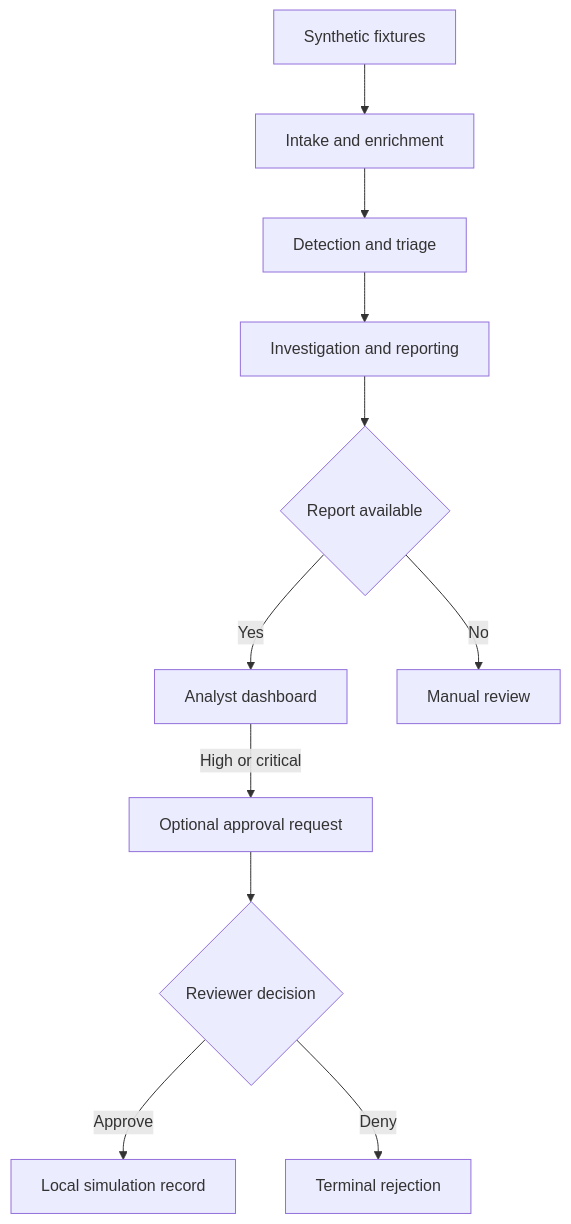
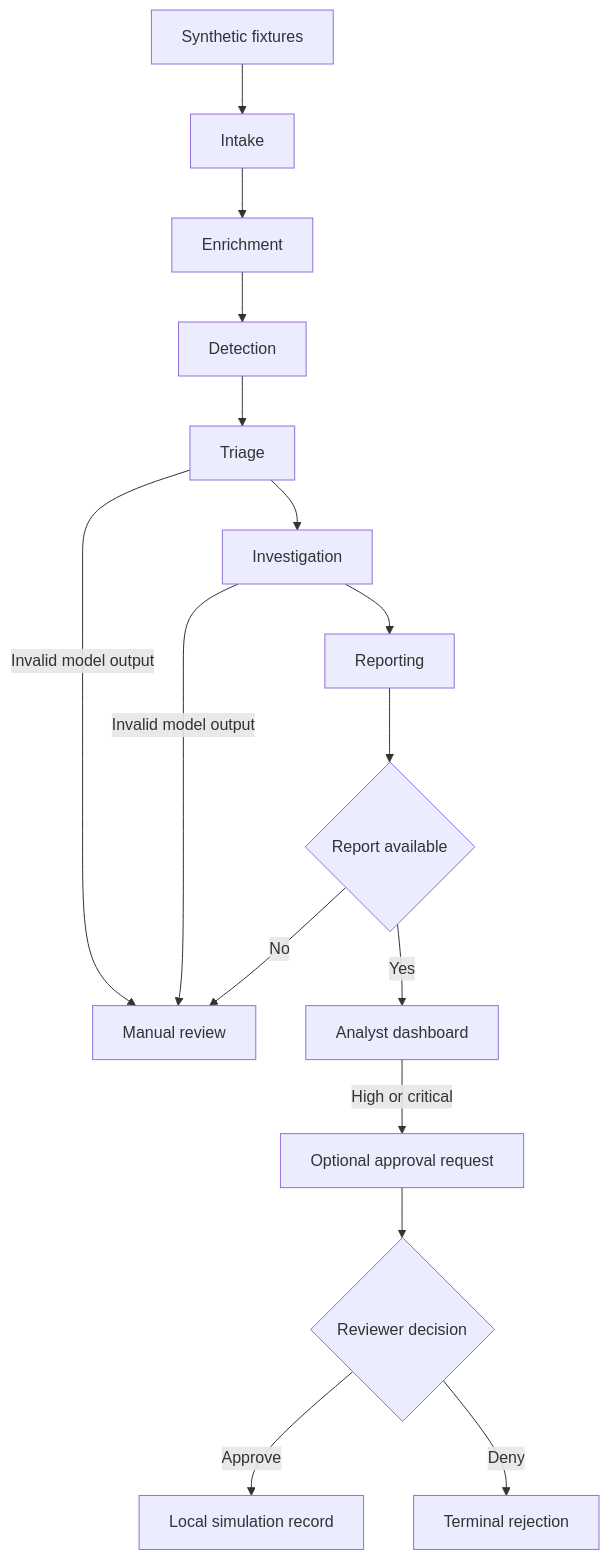
The diagram in docs/architecture/ARCHITECTURE.md (ManeaAl-Shabrain/CyberSOC-AI), drawn with Mermaid before and after one commit. The commit also changed other lines of this file, not shown here.

Commit message:
Document six-stage competition architecture

````diff
--- a/docs/architecture/ARCHITECTURE.md
+++ b/docs/architecture/ARCHITECTURE.md
@@ -11,13 +13,18 @@
 ```mermaid
 flowchart TD
-    A[Synthetic fixtures] --> B[Intake and enrichment]
-    B --> C[Detection and triage]
-    C --> D[Investigation and reporting]
-    D --> E{Report available}
+    A[Synthetic fixtures] --> A1[Intake]
+    A1 --> A2[Enrichment]
+    A2 --> B[Detection]
+    B --> C[Triage]
+    C --> D[Investigation]
+    D --> D1[Reporting]
+    D1 --> E{Report available}
+    C -->|Invalid model output| G[Manual review]
+    D -->|Invalid model output| G
     E -->|Yes| F[Analyst dashboard]
-    E -->|No| G[Manual review]
+    E -->|No| G
     F -->|High or critical| H[Optional approval request]
     H --> I{Reviewer decision}
     I -->|Approve| J[Local simulation record]
     I -->|Deny| K[Terminal rejection]
 ```
````
